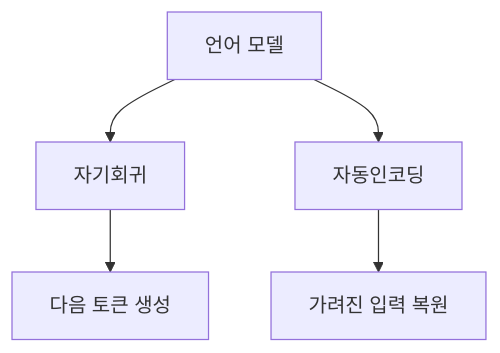
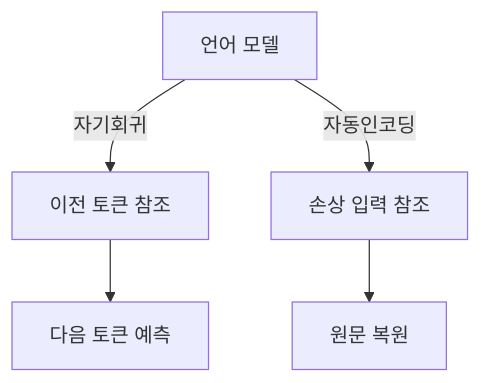
One commit to umyunsang/edu changed the second of 2 diagrams in ComputerScience/03_ai-ml-data/large-language-models/notes/11. Transformer와 언어 모델 계열.md. Above: the diagram before and after it, drawn with Mermaid. The commit also changed other lines of this file and 1 other file, not shown here.

````diff
--- a/ComputerScience/03_ai-ml-data/large-language-models/notes/11. Transformer와 언어 모델 계열.md
+++ b/ComputerScience/03_ai-ml-data/large-language-models/notes/11. Transformer와 언어 모델 계열.md
@@ -107,7 +117,7 @@
 ```mermaid
 flowchart TB
-    A[언어 모델] --> B[자기회귀]
-    A --> C[자동인코딩]
-    B --> D[다음 토큰 생성]
-    C --> E[가려진 입력 복원]
+    A[언어 모델] -->|자기회귀| B[이전 토큰 참조]
+    A -->|자동인코딩| C[손상 입력 참조]
+    B --> D[다음 토큰 예측]
+    C --> E[원문 복원]
 ```
````
